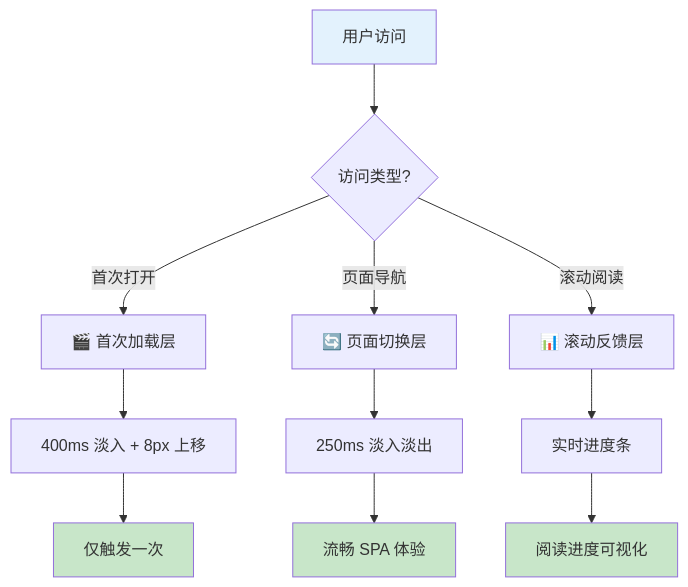
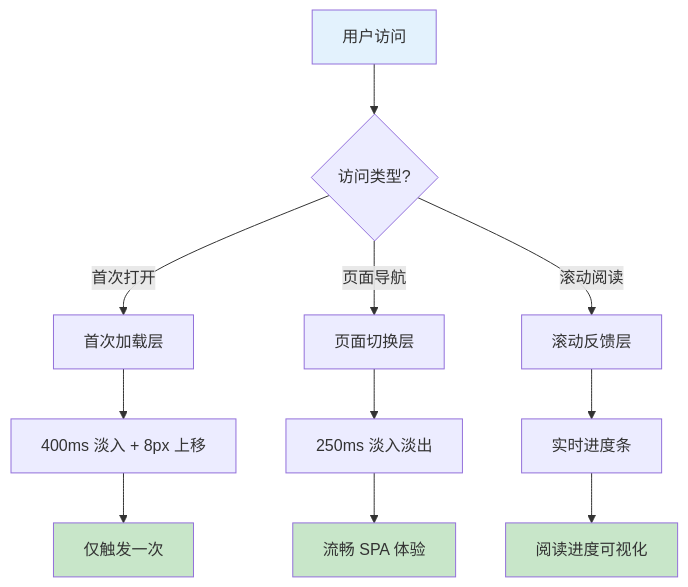
Before and after one commit to LogicShao/Misaka-Net-Blog: diagram 15 of 17 in src/content/blog/25-11-25-20-00.md, drawn with Mermaid. The commit also changed other lines of this file and 10 other files, not shown here.

Commit message:
Optimize Mermaid rendering; implement lazy loading and rendering queue to improve performance and prevent blocking

````diff
--- a/src/content/blog/25-11-25-20-00.md
+++ b/src/content/blog/25-11-25-20-00.md
@@ -371,21 +371,21 @@
 ```mermaid
 graph TB
     A[用户访问] --> B{访问类型?}
 
-    B -->|首次打开| C[🎬 首次加载层]
-    B -->|页面导航| D[🔄 页面切换层]
-    B -->|滚动阅读| E[📊 滚动反馈层]
+    B -->|首次打开| C[首次加载层]
+    B -->|页面导航| D[页面切换层]
+    B -->|滚动阅读| E[滚动反馈层]
 
     C --> F[400ms 淡入 + 8px 上移]
     D --> G[250ms 淡入淡出]
     E --> H[实时进度条]
 
     F --> I[仅触发一次]
     G --> J[流畅 SPA 体验]
     H --> K[阅读进度可视化]
 
     style A fill:#e3f2fd
     style I fill:#c8e6c9
     style J fill:#c8e6c9
     style K fill:#c8e6c9
 ```
````
